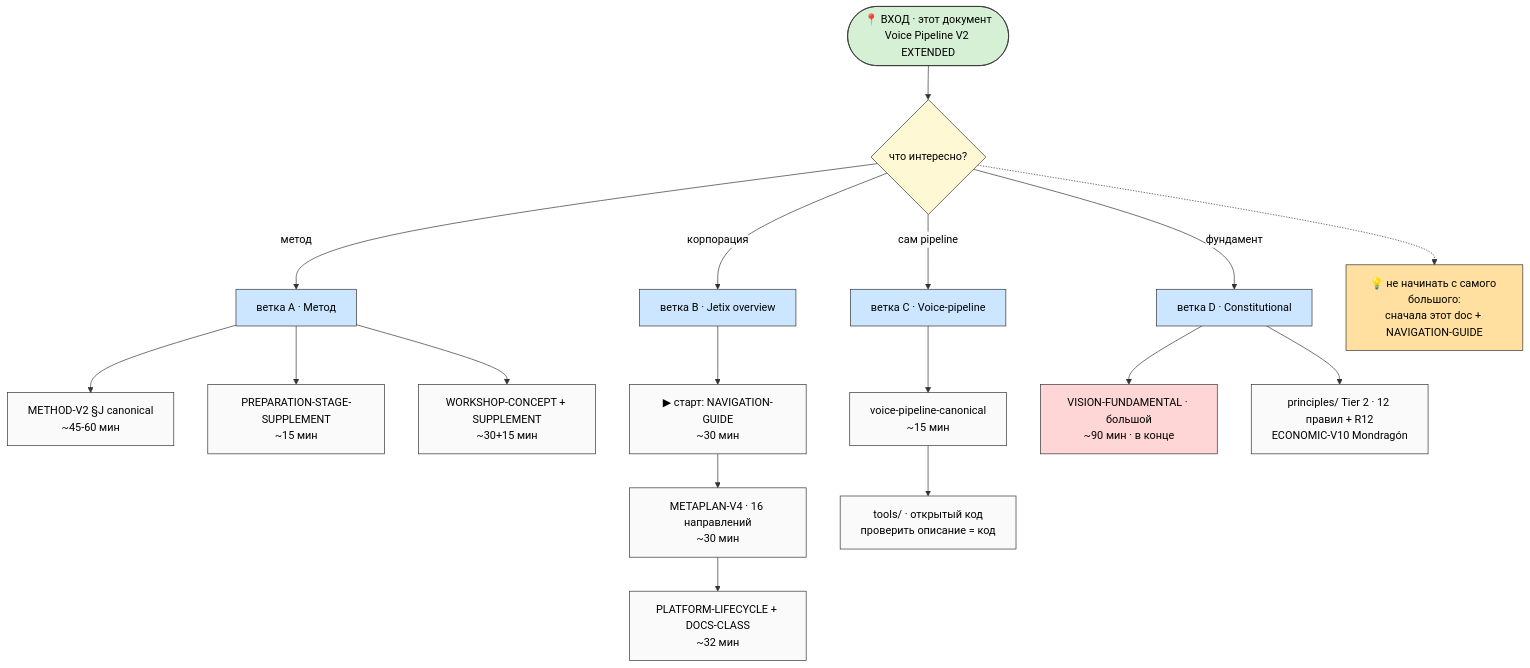
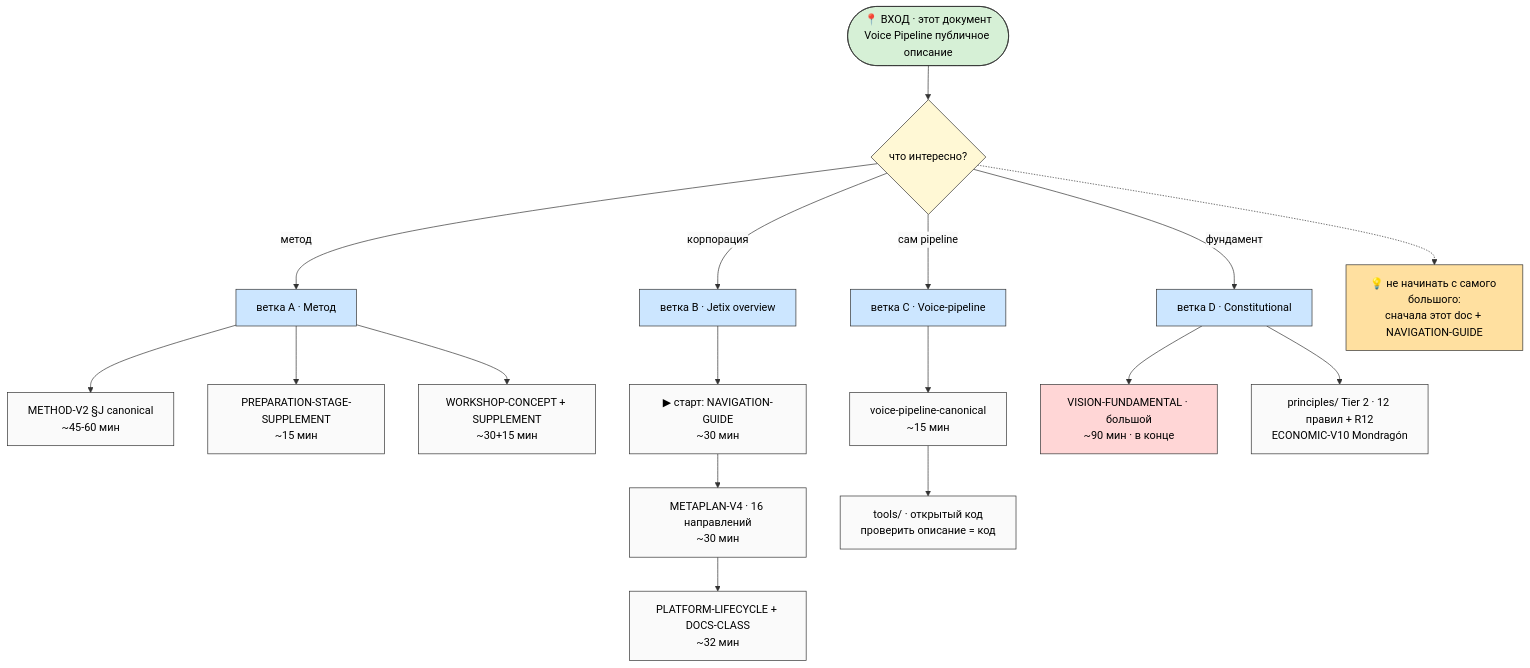
One commit to Bogersebekov/jetix-os changed the seventh of 7 diagrams in decisions/strategic/VOICE-PIPELINE-PUBLIC-V2-2026-05-26.md. Above: the diagram before and after it, drawn with Mermaid. The commit also changed other lines of this file, not shown here.

First line of the commit message:
[voice-pipeline] cleanup V2/EXTENDED internal versioning references (одно нормальное публичное описание для recipient)

````diff
--- a/decisions/strategic/VOICE-PIPELINE-PUBLIC-V2-2026-05-26.md
+++ b/decisions/strategic/VOICE-PIPELINE-PUBLIC-V2-2026-05-26.md
@@ -760,30 +713,30 @@
 ```mermaid
 %%{init: {'theme':'base','themeVariables':{'primaryTextColor':'#000','textColor':'#000','lineColor':'#333','primaryBorderColor':'#333','primaryColor':'#fafafa','noteBkgColor':'#fff8d5'}}}%%
 graph TB
-    ENTRY([📍 ВХОД · этот документ<br/>Voice Pipeline V2 EXTENDED])
+    ENTRY([📍 ВХОД · этот документ<br/>Voice Pipeline публичное описание])
     ENTRY --> Q{что интересно?}
     Q -->|метод| PA[ветка A · Метод]
     Q -->|корпорация| PB[ветка B · Jetix overview]
     Q -->|сам pipeline| PC[ветка C · Voice-pipeline]
     Q -->|фундамент| PD[ветка D · Constitutional]
     PA --> A1[METHOD-V2 §J canonical<br/>~45-60 мин]
     PA --> A2[PREPARATION-STAGE-SUPPLEMENT<br/>~15 мин]
     PA --> A3[WORKSHOP-CONCEPT + SUPPLEMENT<br/>~30+15 мин]
     PB --> B0[▶ старт: NAVIGATION-GUIDE<br/>~30 мин]
     B0 --> B1[METAPLAN-V4 · 16 направлений<br/>~30 мин]
     B1 --> B2[PLATFORM-LIFECYCLE + DOCS-CLASS<br/>~32 мин]
     PC --> C1[voice-pipeline-canonical<br/>~15 мин]
     C1 --> C2[tools/ · открытый код<br/>проверить описание = код]
     PD --> D1[VISION-FUNDAMENTAL · большой<br/>~90 мин · в конце]
     PD --> D2[principles/ Tier 2 · 12 правил + R12<br/>ECONOMIC-V10 Mondragón]
     RULE[💡 не начинать с самого большого:<br/>сначала этот doc + NAVIGATION-GUIDE]
     Q -.-> RULE
     style ENTRY fill:#d6f0d6,color:#000
     style Q fill:#fff8d5,color:#000
     style PA fill:#cce6ff,color:#000
     style PB fill:#cce6ff,color:#000
     style PC fill:#cce6ff,color:#000
     style PD fill:#cce6ff,color:#000
     style RULE fill:#ffe0a0,color:#000
     style D1 fill:#ffd6d6,color:#000
 ```
````
